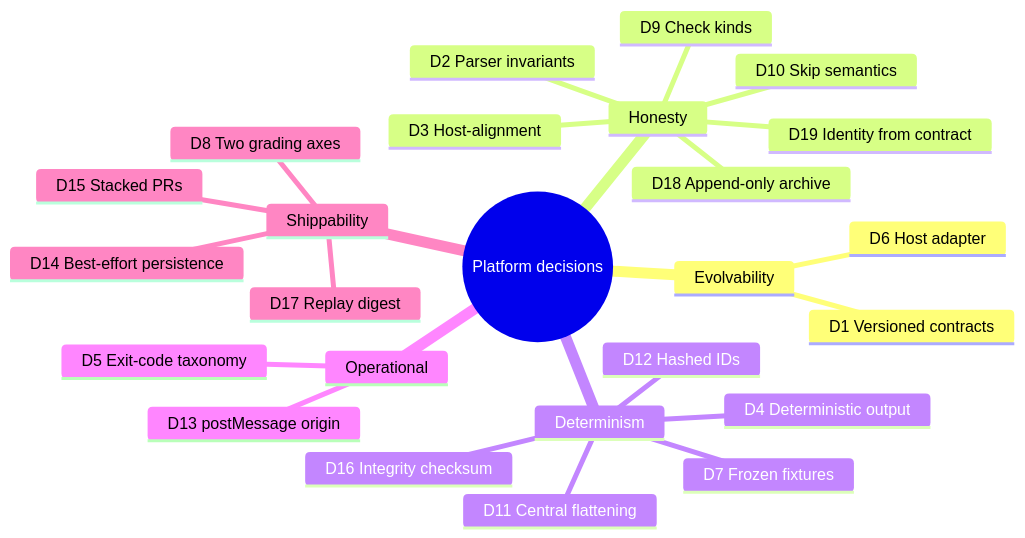
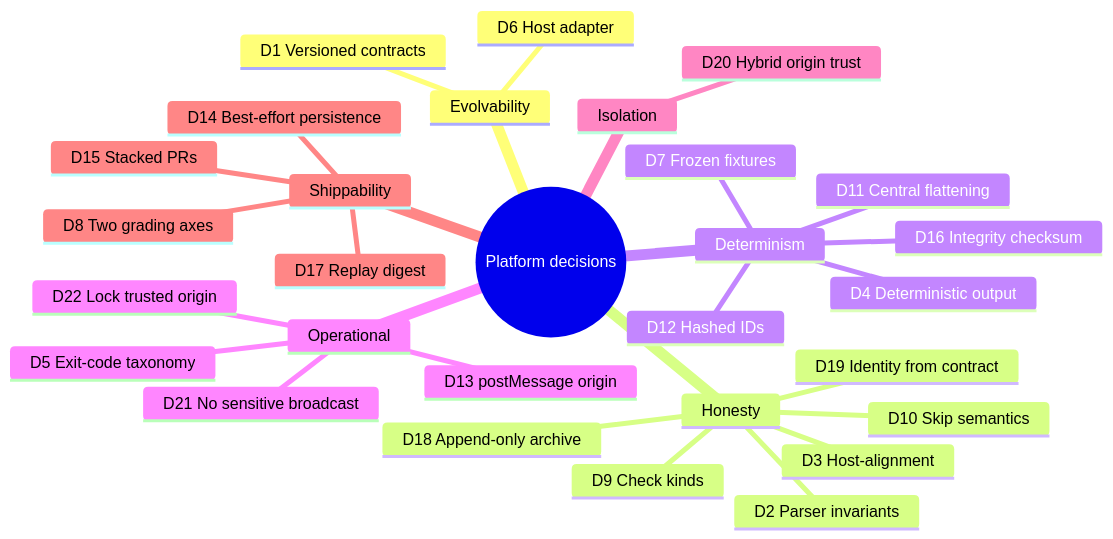
The diagram in docs/question-platform-hardening/05-design-decisions-and-tradeoffs.md (Newton-School/ns-simulator-docs), drawn with Mermaid before and after one commit. The commit also changed other lines of this file and 2 other files, not shown here.

````diff
--- a/docs/question-platform-hardening/05-design-decisions-and-tradeoffs.md
+++ b/docs/question-platform-hardening/05-design-decisions-and-tradeoffs.md
@@ -452,28 +512,32 @@
 ```mermaid
 mindmap
   root((Platform decisions))
     Evolvability
       D1 Versioned contracts
       D6 Host adapter
     Honesty
       D2 Parser invariants
       D3 Host-alignment
       D9 Check kinds
       D10 Skip semantics
       D18 Append-only archive
       D19 Identity from contract
     Determinism
       D4 Deterministic output
       D7 Frozen fixtures
       D11 Central flattening
       D12 Hashed IDs
       D16 Integrity checksum
     Operational
       D5 Exit-code taxonomy
       D13 postMessage origin
+      D21 No sensitive broadcast
+      D22 Lock trusted origin
+    Isolation
+      D20 Hybrid origin trust
     Shippability
       D8 Two grading axes
       D14 Best-effort persistence
       D15 Stacked PRs
       D17 Replay digest
 ```
````
